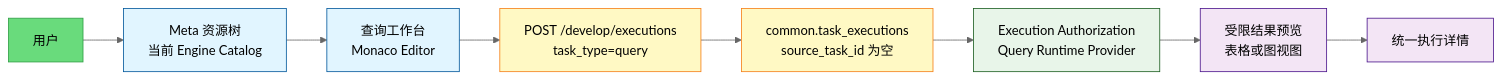
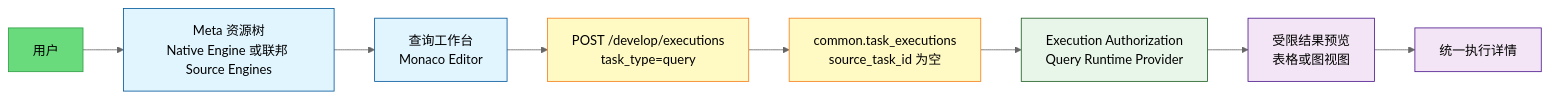
One commit to pampa0629/addp changed the second of 5 diagrams in docs/concepts/addp数据开发体系图.md. Above: the diagram before and after it, drawn with Mermaid (neutral theme). The commit also changed other lines of this file and 158 other files, not shown here.

````diff
--- a/docs/concepts/addp数据开发体系图.md
+++ b/docs/concepts/addp数据开发体系图.md
@@ -71,22 +71,22 @@
 ```mermaid
 graph LR
-    User[用户] --> Catalog[Meta 资源树<br/>当前 Engine Catalog]
+    User[用户] --> Catalog[Meta 资源树<br/>Native Engine 或联邦 Source Engines]
     Catalog --> Editor[查询工作台<br/>Monaco Editor]
     Editor --> CreateExecution[POST /develop/executions<br/>task_type=query]
     CreateExecution --> Unified[common.task_executions<br/>source_task_id 为空]
     Unified --> Runtime[Execution Authorization<br/>Query Runtime Provider]
     Runtime --> Result[受限结果预览<br/>表格或图视图]
     Result --> Monitor[统一执行详情]
 
     classDef user fill:#69db7c,stroke:#2f9e44
     classDef editor fill:#e1f5ff,stroke:#01579b
     classDef query fill:#fff9c4,stroke:#f57f17
     classDef engine fill:#e8f5e9,stroke:#1b5e20
     classDef result fill:#f3e5f5,stroke:#4a148c
 
     class User user
     class Catalog,Editor editor
     class CreateExecution,Unified query
     class Runtime engine
     class Result,Monitor result
 ```
````
